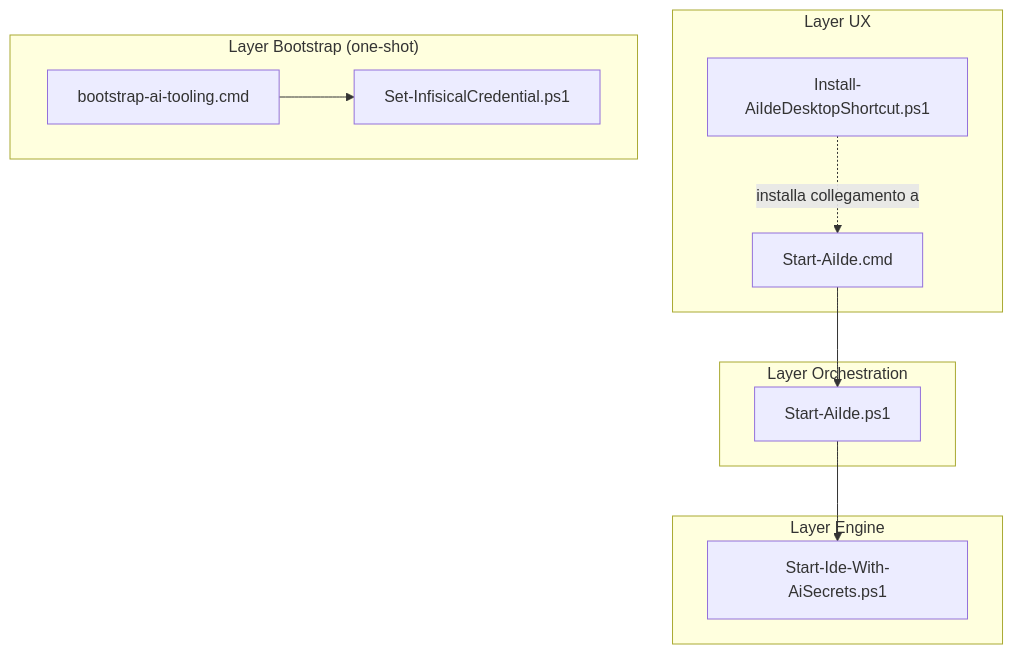
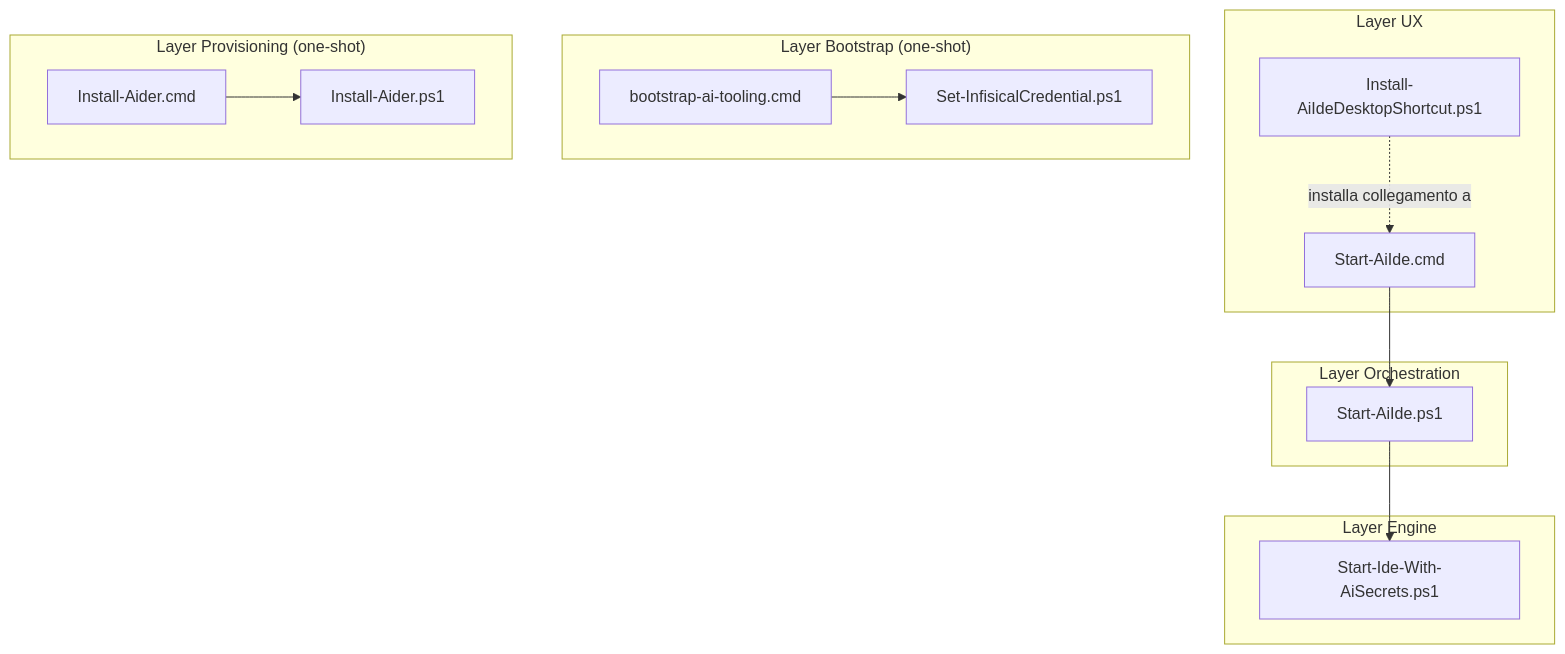
Before and after one commit to gargiolastech-core/gargiolastech-ai-tooling: the tenth of 22 diagrams in docs/DOCUMENTATION.md, drawn with Mermaid. The commit also changed other lines of this file and 1 other file, not shown here.

First line of the commit message:
docs: integrate Aider installer into docs/README, add v2.1 onboarding & installer guidance

````diff
--- a/docs/DOCUMENTATION.md
+++ b/docs/DOCUMENTATION.md
@@ -786,25 +795,31 @@
 ```mermaid
 flowchart TB
     subgraph LayerUX["Layer UX"]
         CMD["Start-AiIde.cmd"]
         SHORT["Install-AiIdeDesktopShortcut.ps1"]
     end
 
     subgraph LayerOrch["Layer Orchestration"]
         LAUNCH["Start-AiIde.ps1"]
     end
 
     subgraph LayerEngine["Layer Engine"]
         ENG["Start-Ide-With-AiSecrets.ps1"]
     end
 
     subgraph LayerBootstrap["Layer Bootstrap (one-shot)"]
         BOOT["bootstrap-ai-tooling.cmd"]
         SETCRED["Set-InfisicalCredential.ps1"]
     end
 
+    subgraph LayerProvisioning["Layer Provisioning (one-shot)"]
+        AIDERCMD["Install-Aider.cmd"]
+        AIDERPS["Install-Aider.ps1"]
+    end
+
     CMD --> LAUNCH
     SHORT -.->|"installa collegamento a"| CMD
     LAUNCH --> ENG
     BOOT --> SETCRED
+    AIDERCMD --> AIDERPS
 ```
````
